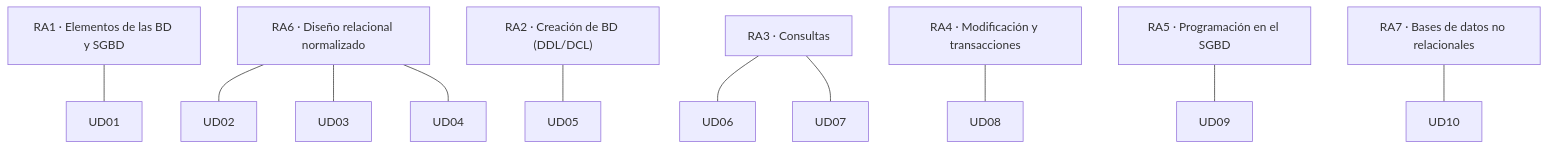
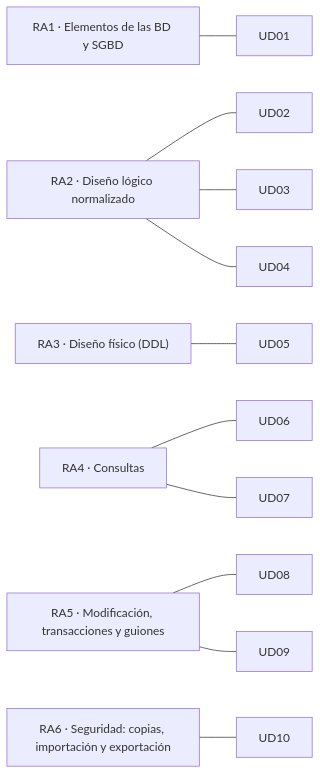
The diagram in content.es/guia/ra-ce.md (LorenaLResusta/GBD), drawn with Mermaid before and after one commit. The commit also changed other lines of this file and 89 other files, not shown here.

````diff
--- a/content.es/guia/ra-ce.md
+++ b/content.es/guia/ra-ce.md
@@ -15,10 +29,9 @@
 ```mermaid
-flowchart TB
-    RA1["RA1 · Elementos de las BD y SGBD"] --- U1[UD01]
-    RA6["RA6 · Diseño relacional normalizado"] --- U2[UD02] & U3[UD03] & U4[UD04]
-    RA2["RA2 · Creación de BD (DDL/DCL)"] --- U5[UD05]
-    RA3["RA3 · Consultas"] --- U6[UD06] & U7[UD07]
-    RA4["RA4 · Modificación y transacciones"] --- U8[UD08]
-    RA5["RA5 · Programación en el SGBD"] --- U9[UD09]
-    RA7["RA7 · Bases de datos no relacionales"] --- U10[UD10]
+flowchart LR
+    RA1["RA1 · Elementos de las BD y SGBD"] --- UD01
+    RA2["RA2 · Diseño lógico normalizado"] --- UD02 & UD03 & UD04
+    RA3["RA3 · Diseño físico (DDL)"] --- UD05
+    RA4["RA4 · Consultas"] --- UD06 & UD07
+    RA5["RA5 · Modificación, transacciones y guiones"] --- UD08 & UD09
+    RA6["RA6 · Seguridad: copias, importación y exportación"] --- UD10
 ```
````
